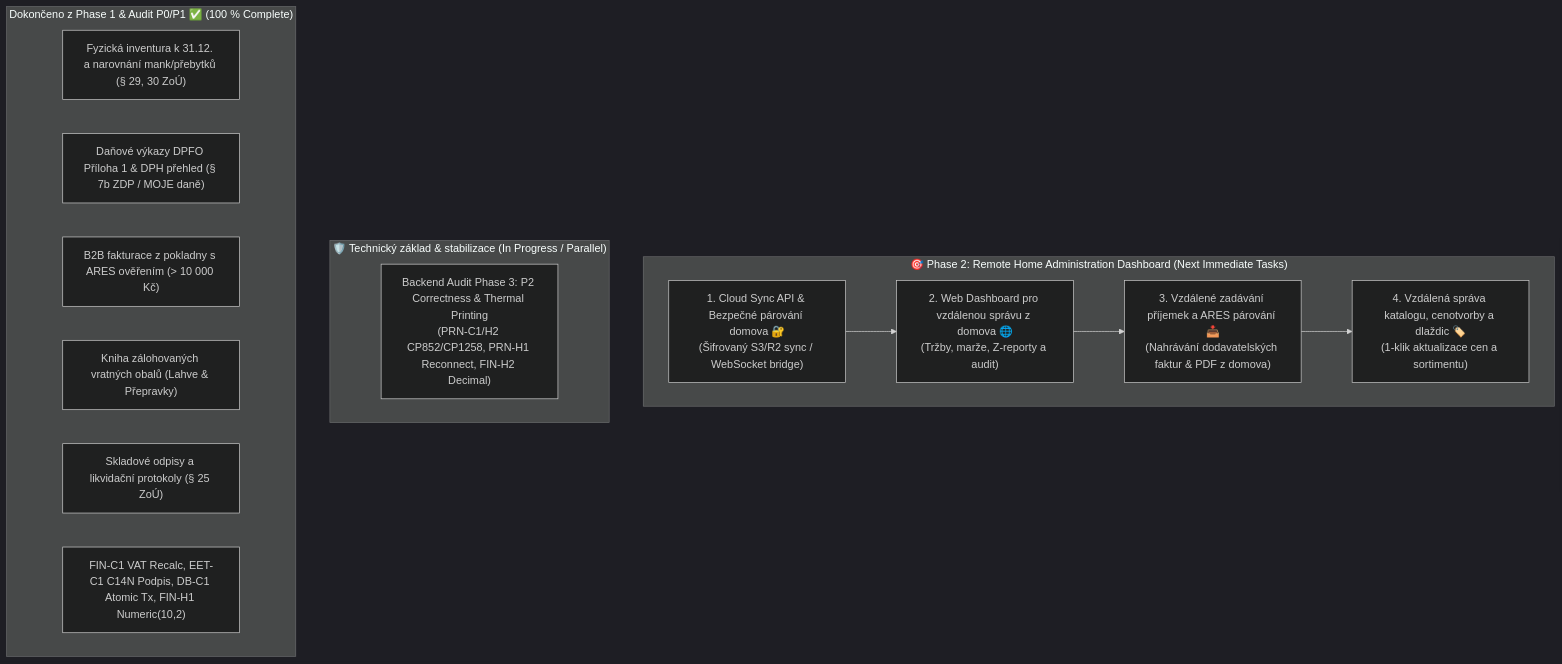
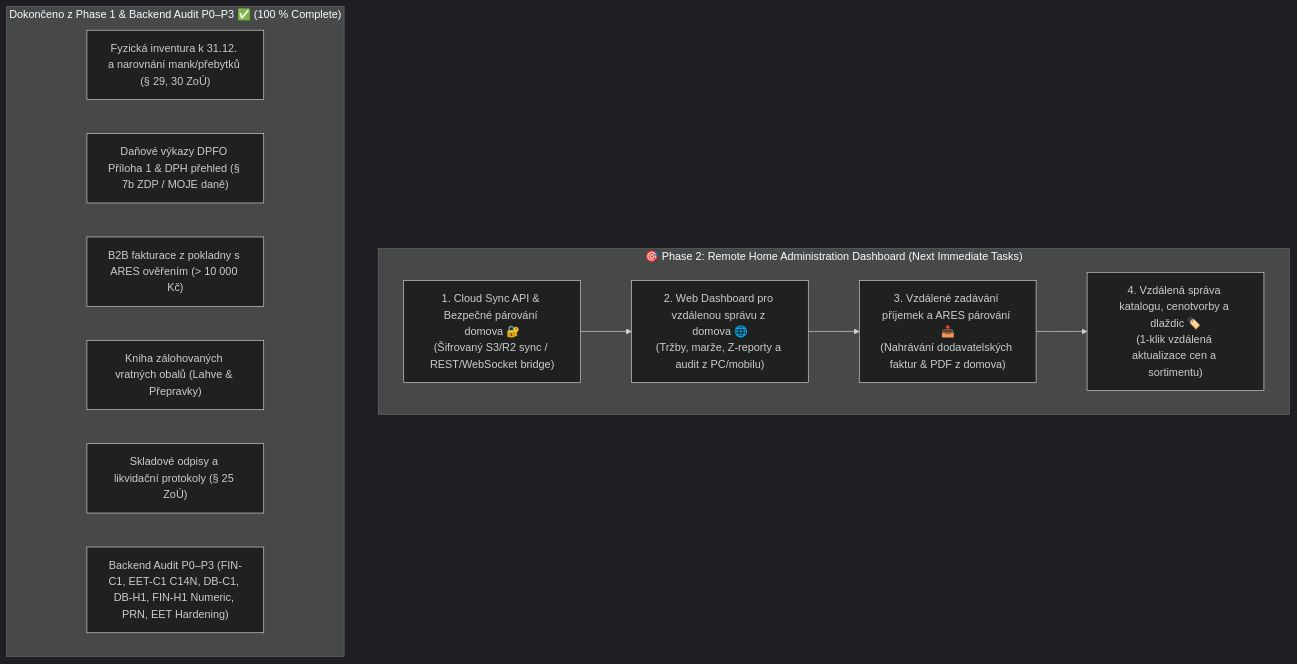
One commit to MichalKhoa/pos-project changed the first of 2 diagrams in docs/ROADMAP.md. Above: the diagram before and after it, drawn with Mermaid (dark theme). The commit also changed other lines of this file, not shown here.

Commit message:
docs(roadmap): add SemVer tagging plan and finalize Phase 1 & Audit milestones

````diff
--- a/docs/ROADMAP.md
+++ b/docs/ROADMAP.md
@@ -15,23 +15,19 @@
 ```mermaid
 graph TD
     subgraph P2["🎯 Phase 2: Remote Home Administration Dashboard (Next Immediate Tasks)"]
-        T1["1. Cloud Sync API & Bezpečné párování domova 🔐<br/>(Šifrovaný S3/R2 sync / WebSocket bridge)"]
-        T2["2. Web Dashboard pro vzdálenou správu z domova 🌐<br/>(Tržby, marže, Z-reporty a audit)"]
+        T1["1. Cloud Sync API & Bezpečné párování domova 🔐<br/>(Šifrovaný S3/R2 sync / REST/WebSocket bridge)"]
+        T2["2. Web Dashboard pro vzdálenou správu z domova 🌐<br/>(Tržby, marže, Z-reporty a audit z PC/mobilu)"]
         T3["3. Vzdálené zadávání příjemek a ARES párování 📥<br/>(Nahrávání dodavatelských faktur & PDF z domova)"]
-        T4["4. Vzdálená správa katalogu, cenotvorby a dlaždic 🏷️<br/>(1-klik aktualizace cen a sortimentu)"]
+        T4["4. Vzdálená správa katalogu, cenotvorby a dlaždic 🏷️<br/>(1-klik vzdálená aktualizace cen a sortimentu)"]
         T1 --> T2 --> T3 --> T4
     end
 
-    subgraph Prereq["🛡️ Technický základ & stabilizace (In Progress / Parallel)"]
-        Audit["Backend Audit Phase 3: P2 Correctness & Thermal Printing<br/>(PRN-C1/H2 CP852/CP1258, PRN-H1 Reconnect, FIN-H2 Decimal)"]
-    end
-
-    subgraph Done["Dokončeno z Phase 1 & Audit P0/P1 ✅ (100 % Complete)"]
+    subgraph Done["Dokončeno z Phase 1 & Backend Audit P0–P3 ✅ (100 % Complete)"]
         D1["Fyzická inventura k 31.12. a narovnání mank/přebytků (§ 29, 30 ZoÚ)"]
         D2["Daňové výkazy DPFO Příloha 1 & DPH přehled (§ 7b ZDP / MOJE daně)"]
         D3["B2B fakturace z pokladny s ARES ověřením (> 10 000 Kč)"]
         D4["Kniha zálohovaných vratných obalů (Lahve & Přepravky)"]
         D5["Skladové odpisy a likvidační protokoly (§ 25 ZoÚ)"]
-        D6["FIN-C1 VAT Recalc, EET-C1 C14N Podpis, DB-C1 Atomic Tx, FIN-H1 Numeric(10,2)"]
+        D6["Backend Audit P0–P3 (FIN-C1, EET-C1 C14N, DB-C1, DB-H1, FIN-H1 Numeric, PRN, EET Hardening)"]
     end
 ```
````
